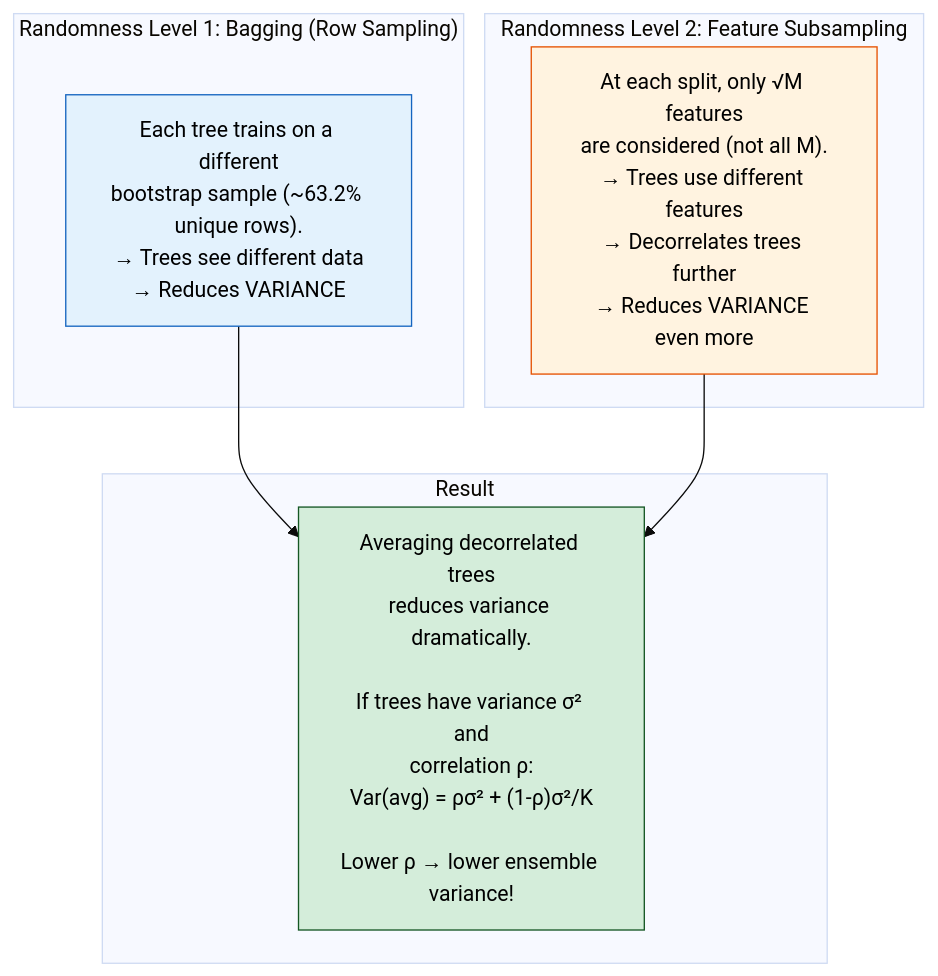
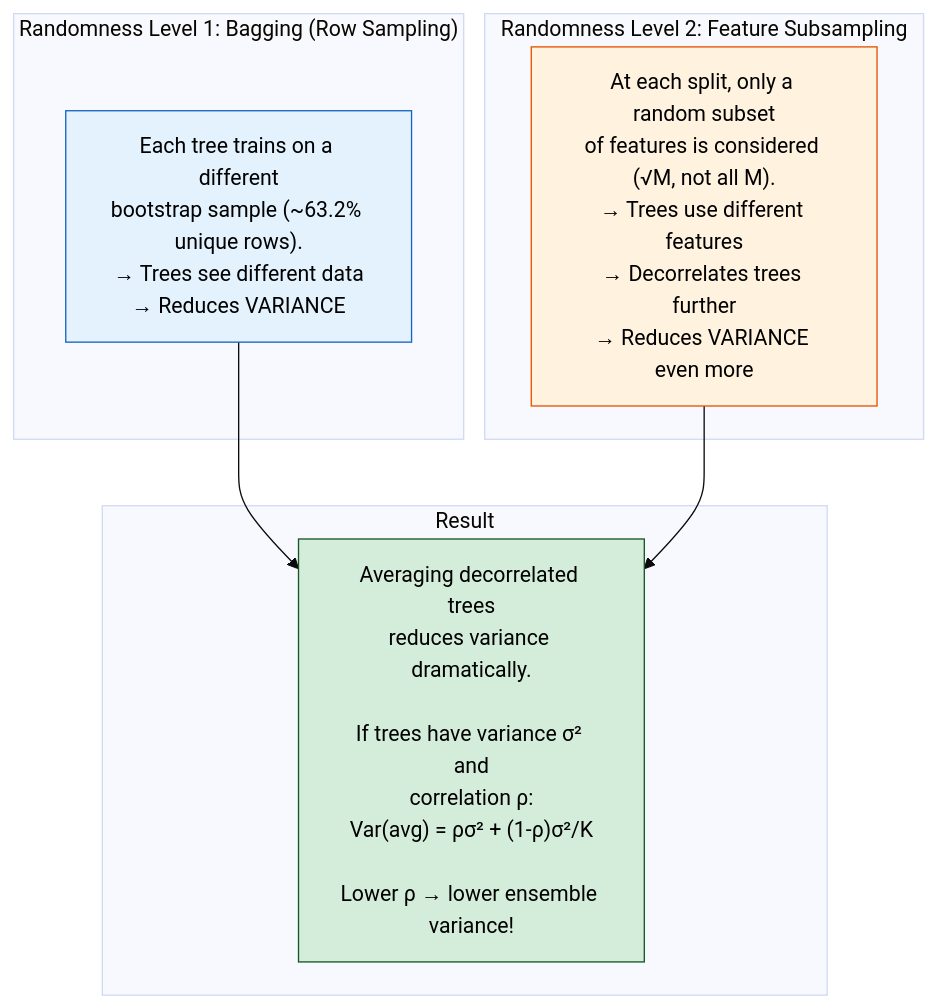
Before and after one commit to Hmago/ml4: diagram 17 of 47 in content/34_google_top10_ml_interview.md, drawn with Mermaid (base theme). The commit also changed other lines of this file and 59 other files, not shown here.

````diff
--- a/content/34_google_top10_ml_interview.md
+++ b/content/34_google_top10_ml_interview.md
@@ -1013,21 +1406,21 @@
 ```mermaid
 graph TD
     subgraph "Randomness Level 1: Bagging (Row Sampling)"
         BAG["Each tree trains on a different<br/>bootstrap sample (~63.2% unique rows).<br/>→ Trees see different data<br/>→ Reduces VARIANCE"]
     end
 
     subgraph "Randomness Level 2: Feature Subsampling"
-        FEAT["At each split, only √M features<br/>are considered (not all M).<br/>→ Trees use different features<br/>→ Decorrelates trees further<br/>→ Reduces VARIANCE even more"]
+        FEAT["At each split, only a random subset<br/>of features is considered (√M, not all M).<br/>→ Trees use different features<br/>→ Decorrelates trees further<br/>→ Reduces VARIANCE even more"]
     end
 
     subgraph "Result"
         RES["Averaging decorrelated trees<br/>reduces variance dramatically.<br/><br/>If trees have variance σ² and<br/>correlation ρ:<br/>Var(avg) = ρσ² + (1-ρ)σ²/K<br/><br/>Lower ρ → lower ensemble variance!"]
     end
 
     BAG --> RES
     FEAT --> RES
 
     style BAG fill:#e3f2fd,stroke:#1565c0,color:#000
     style FEAT fill:#fff3e0,stroke:#e65100,color:#000
     style RES fill:#d4edda,stroke:#155724,color:#000
 ```
````
